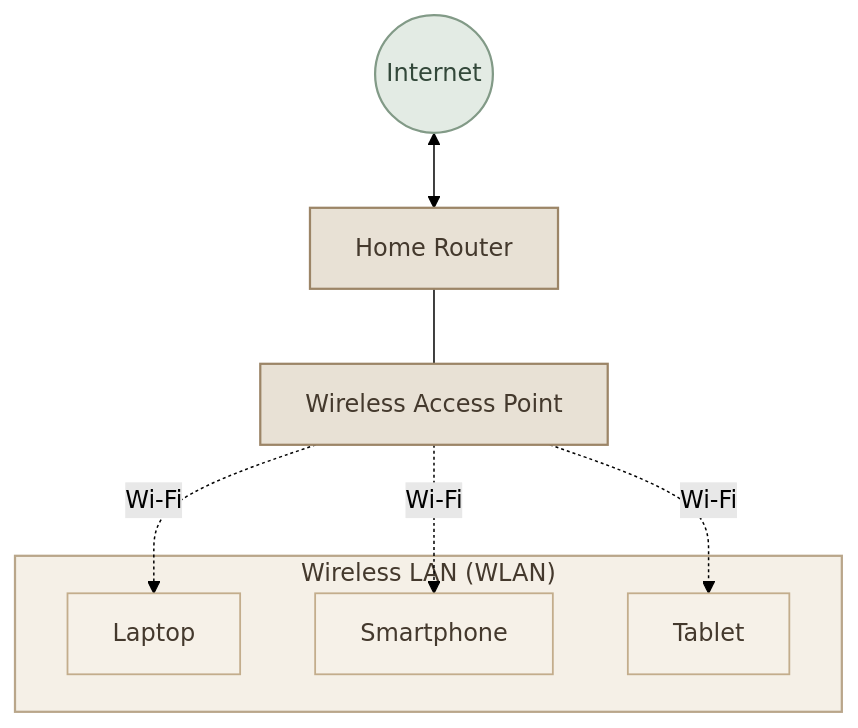
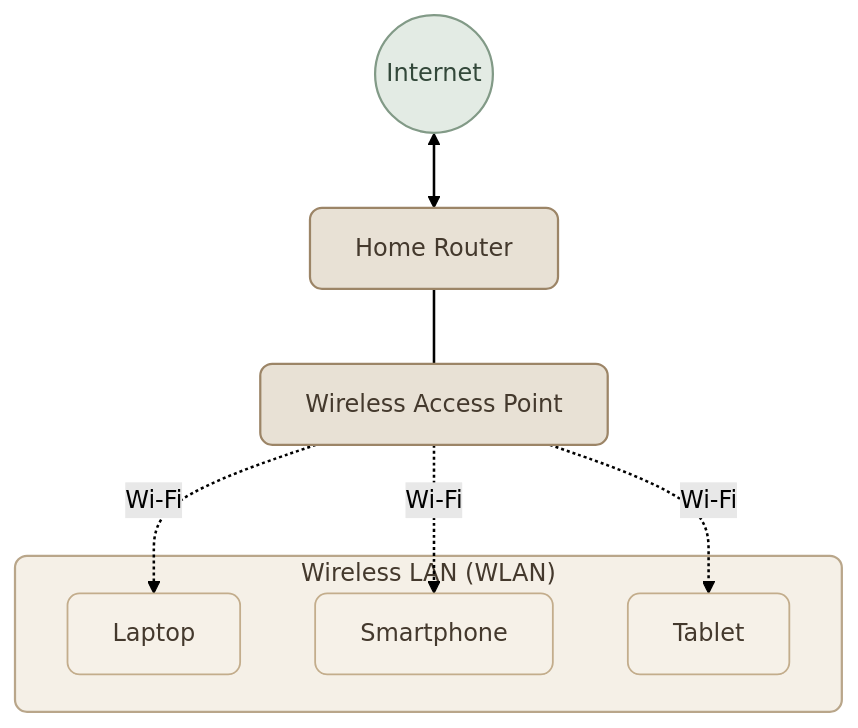
The third of 4 diagrams in content/networking/network-types.mdx (mustafammasoud/ops-handbook), drawn with Mermaid (forest theme) before and after one commit. The commit also changed other lines of this file and 7 other files, not shown here.

````diff
--- a/content/networking/network-types.mdx
+++ b/content/networking/network-types.mdx
@@ -151,28 +153,29 @@
 ```mermaid
 flowchart TB
     Internet(("Internet"))
     Router["Home Router"]
     AP["Wireless Access Point"]
 
     subgraph WLAN["Wireless LAN (WLAN)"]
         Laptop["Laptop"]
         Phone[" Smartphone"]
         Tablet[" Tablet"]
     end
 
     Internet <--> Router
     Router --- AP
     AP -. "Wi-Fi" .-> Laptop
     AP -. "Wi-Fi" .-> Phone
     AP -. "Wi-Fi" .-> Tablet
 
-    classDef core fill:#E8E1D5,stroke:#9C8567,color:#44392D,stroke-width:1.5px
-    classDef device fill:#F6F1E8,stroke:#C3AD8C,color:#44392D,stroke-width:1.2px
-    classDef external fill:#E3EBE4,stroke:#829A87,color:#33483A,stroke-width:1.5px
+    classDef core fill:#E8E1D5,stroke:#9C8567,color:#44392D,stroke-width:1.5px,rx:8,ry:8
+    classDef device fill:#F6F1E8,stroke:#C3AD8C,color:#44392D,stroke-width:1.2px,rx:8,ry:8
+    classDef external fill:#E3EBE4,stroke:#829A87,color:#33483A,stroke-width:1.5px,rx:8,ry:8
 
     class Router,AP core
     class Laptop,Phone,Tablet device
     class Internet external
 
-    style WLAN fill:#F5F0E7,stroke:#B9A68A,stroke-width:1.5px,color:#44392D
+    style WLAN fill:#F5F0E7,stroke:#B9A68A,stroke-width:1.5px,color:#44392D,rx:8,ry:8
+    linkStyle default stroke-width:1.7px
 ```
````
